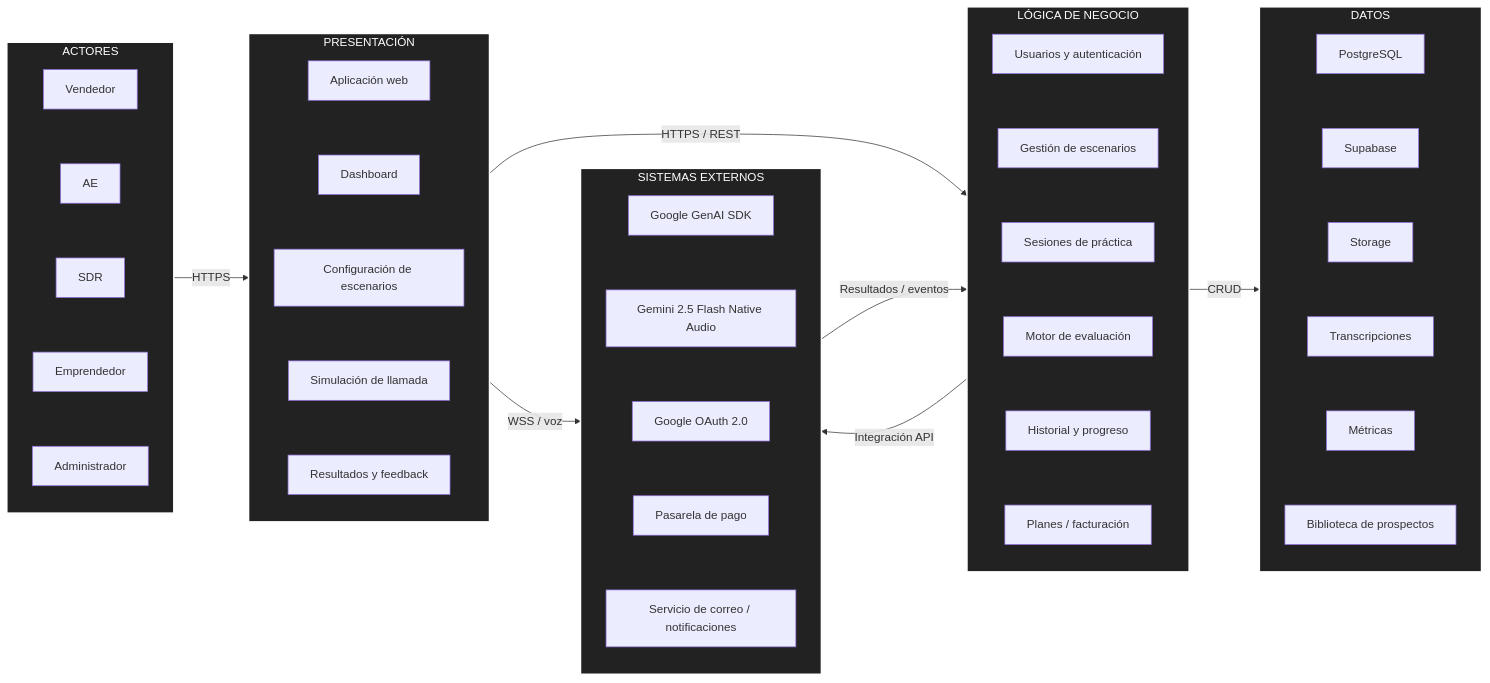
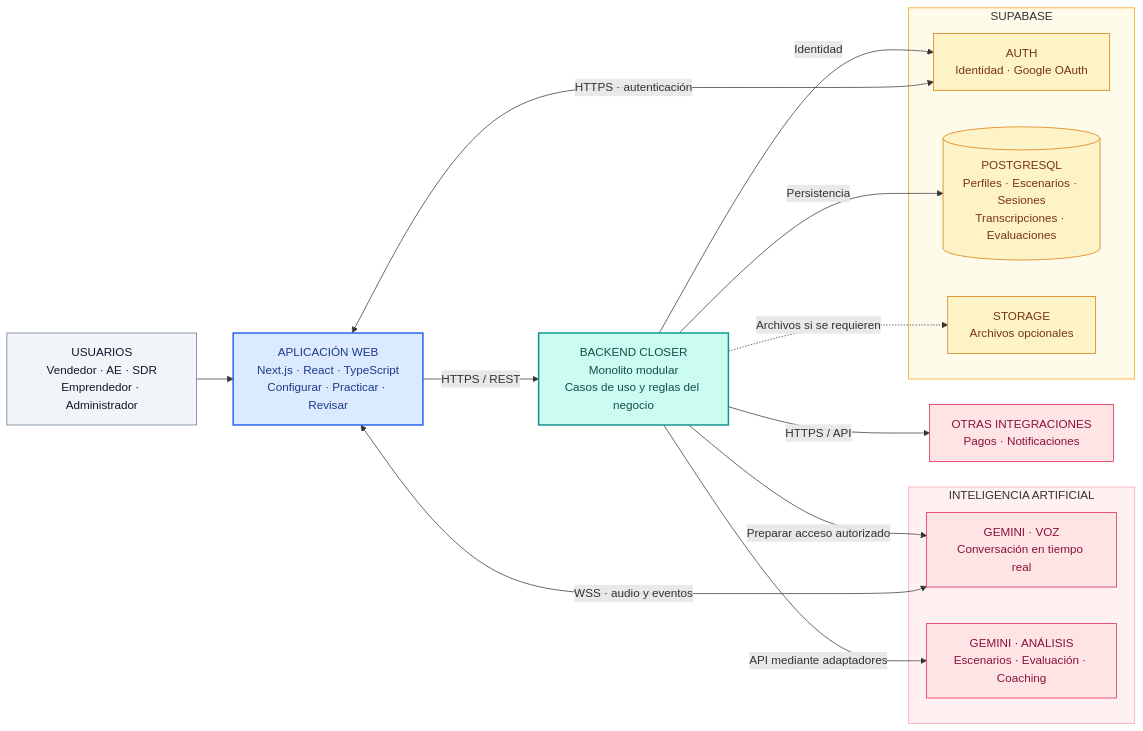
One commit to OscarCodev/Propuesta-arquitectura changed the diagram in arquitectura/arquitectura-inicial.md. Above: the diagram before and after it, drawn with Mermaid. The commit also changed other lines of this file and 1 other file, not shown here.

Commit message:
docs: ajustes arquitectura

````diff
--- a/arquitectura/arquitectura-inicial.md
+++ b/arquitectura/arquitectura-inicial.md
@@ -3,108 +7,39 @@
 ```mermaid
 flowchart LR
-%% =========================
-%% ACTORES
-%% =========================
-subgraph ACTORES["ACTORES"]
-Vendedor["Vendedor"]
-AE["AE"]
-SDR["SDR"]
-Emprendedor["Emprendedor"]
-Admin["Administrador"]
-end
+    U["USUARIOS<br/>Vendedor · AE · SDR<br/>Emprendedor · Administrador"]
+    W["APLICACIÓN WEB<br/>Next.js · React · TypeScript<br/>Configurar · Practicar · Revisar"]
+    B["BACKEND CLOSER<br/>Monolito modular<br/>Casos de uso y reglas del negocio"]
+    subgraph S["SUPABASE"]
+        AUTH["AUTH<br/>Identidad · Google OAuth"]
+        DB[("POSTGRESQL<br/>Perfiles · Escenarios · Sesiones<br/>Transcripciones · Evaluaciones")]
+        ST["STORAGE<br/>Archivos opcionales"]
+    end
+    subgraph IA["INTELIGENCIA ARTIFICIAL"]
+        V["GEMINI · VOZ<br/>Conversación en tiempo real"]
+        E["GEMINI · ANÁLISIS<br/>Escenarios · Evaluación · Coaching"]
+    end
+    X["OTRAS INTEGRACIONES<br/>Pagos · Notificaciones"]
+    U --> W
+    W -->|HTTPS / REST| B
+    W <-->|HTTPS · autenticación| AUTH
+    W <-->|WSS · audio y eventos| V
+    B -->|Preparar acceso autorizado| V
+    B -->|Persistencia| DB
+    B -->|Identidad| AUTH
+    B -.->|Archivos si se requieren| ST
+    B -->|API mediante adaptadores| E
+    B -->|HTTPS / API| X
 
-%% =========================
-%% PRESENTACIÓN
-%% =========================
-subgraph PRESENTACION["PRESENTACIÓN"]
-Web["Aplicación web"]
-Dashboard["Dashboard"]
-Config["Configuración de escenarios"]
-Llamada["Simulación de llamada"]
-Resultados["Resultados y feedback"]
-end
-
-%% =========================
-%% LÓGICA DE NEGOCIO
-%% =========================
-subgraph NEGOCIO["LÓGICA DE NEGOCIO"]
-Usuarios["Usuarios y autenticación"]
-Escenarios["Gestión de escenarios"]
-Sesiones["Sesiones de práctica"]
-Evaluacion["Motor de evaluación"]
-Historial["Historial y progreso"]
-Planes["Planes / facturación"]
-end
-
-%% =========================
-%% DATOS
-%% =========================
-subgraph DATOS["DATOS"]
-PostgreSQL["PostgreSQL"]
-Supabase["Supabase"]
-Storage["Storage"]
-Transcripciones["Transcripciones"]
-Metricas["Métricas"]
-Prospectos["Biblioteca de prospectos"]
-end
-
-%% =========================
-%% SISTEMAS EXTERNOS
-%% =========================
-subgraph EXTERNOS["SISTEMAS EXTERNOS"]
-GenAI["Google GenAI SDK"]
-Gemini["Gemini 2.5 Flash Native Audio"]
-OAuth["Google OAuth 2.0"]
-Pago["Pasarela de pago"]
-Notificaciones["Servicio de correo / notificaciones"]
-end
-
-%% =========================
-%% FLUJO PRINCIPAL
-%% =========================
-ACTORES -->|HTTPS| PRESENTACION
-PRESENTACION -->|HTTPS / REST| NEGOCIO
-PRESENTACION -->|WSS / voz| EXTERNOS
-NEGOCIO -->|CRUD| DATOS
-NEGOCIO -->|Integración API| EXTERNOS
-EXTERNOS -->|Resultados / eventos| NEGOCIO
-
-%% =========================
-%% DISTRIBUCIÓN
-%% =========================
-Vendedor ~~~ AE
-AE ~~~ SDR
-SDR ~~~ Emprendedor
-Emprendedor ~~~ Admin
-
-Web ~~~ Dashboard
-Dashboard ~~~ Config
-Config ~~~ Llamada
-Llamada ~~~ Resultados
-
-Usuarios ~~~ Escenarios
-Escenarios ~~~ Sesiones
-Sesiones ~~~ Evaluacion
-Evaluacion ~~~ Historial
-Historial ~~~ Planes
-
-PostgreSQL ~~~ Supabase
-Supabase ~~~ Storage
-Storage ~~~ Transcripciones
-Transcripciones ~~~ Metricas
-Metricas ~~~ Prospectos
-
-GenAI ~~~ Gemini
-Gemini ~~~ OAuth
-OAuth ~~~ Pago
-Pago ~~~ Notificaciones
-
-%% =========================
-%% ESTILOS
-%% =========================
-style ACTORES fill:#222,stroke:#fff,stroke-width:2px,color:#fff
-style PRESENTACION fill:#222,stroke:#fff,stroke-width:2px,color:#fff
-style NEGOCIO fill:#222,stroke:#fff,stroke-width:2px,color:#fff
-style DATOS fill:#222,stroke:#fff,stroke-width:2px,color:#fff
-style EXTERNOS fill:#222,stroke:#fff,stroke-width:2px,color:#fff
+    classDef actor fill:#F1F5F9,stroke:#64748B,color:#0F172A
+    classDef interfaz fill:#DBEAFE,stroke:#2563EB,color:#1E3A8A,stroke-width:2px
+    classDef negocio fill:#CCFBF1,stroke:#0D9488,color:#134E4A,stroke-width:2px
+    classDef datos fill:#FEF3C7,stroke:#D97706,color:#78350F
+    classDef externo fill:#FFE4E6,stroke:#E11D48,color:#881337
+    class U actor
+    class W interfaz
+    class B negocio
+    class AUTH,DB,ST datos
+    class V,E,X externo
+    style S fill:#FFFBEB,stroke:#F59E0B
+    style IA fill:#FFF1F2,stroke:#FDA4AF
 ```
````
